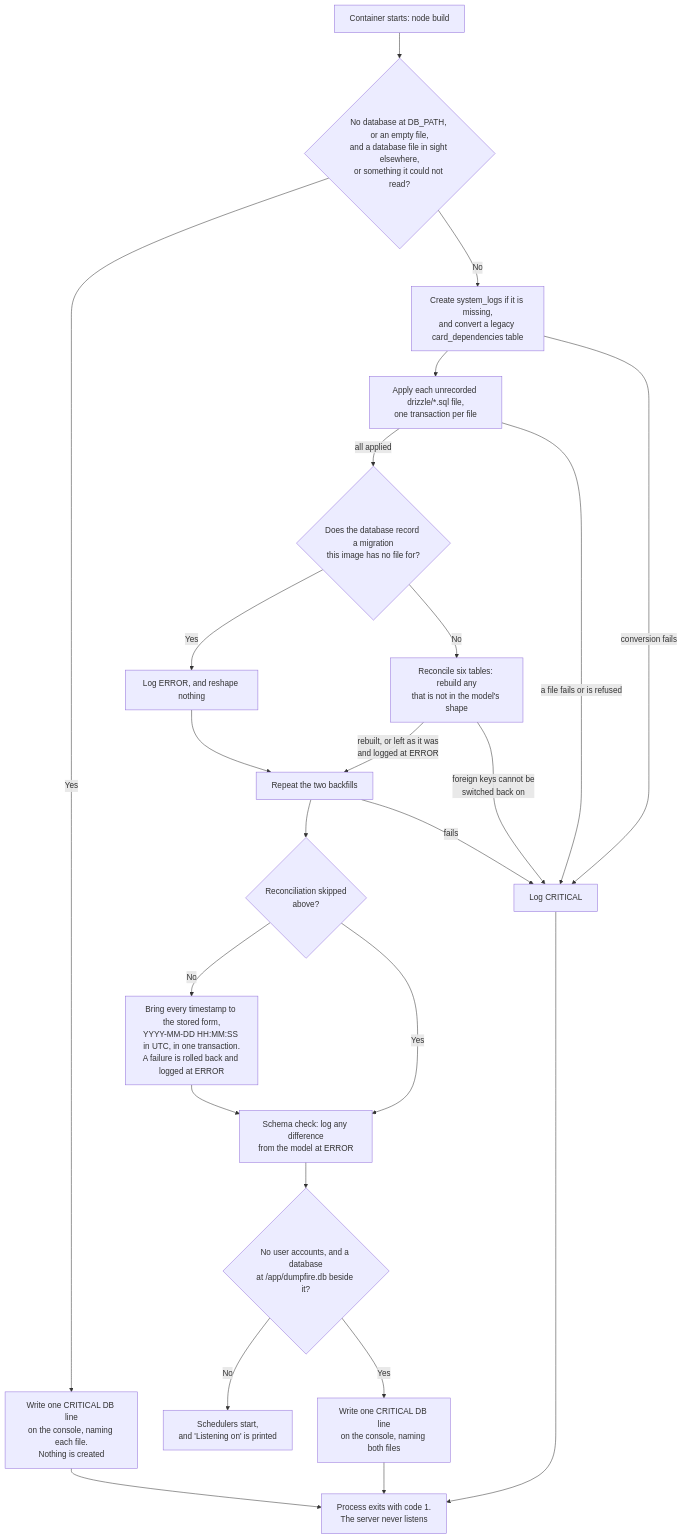
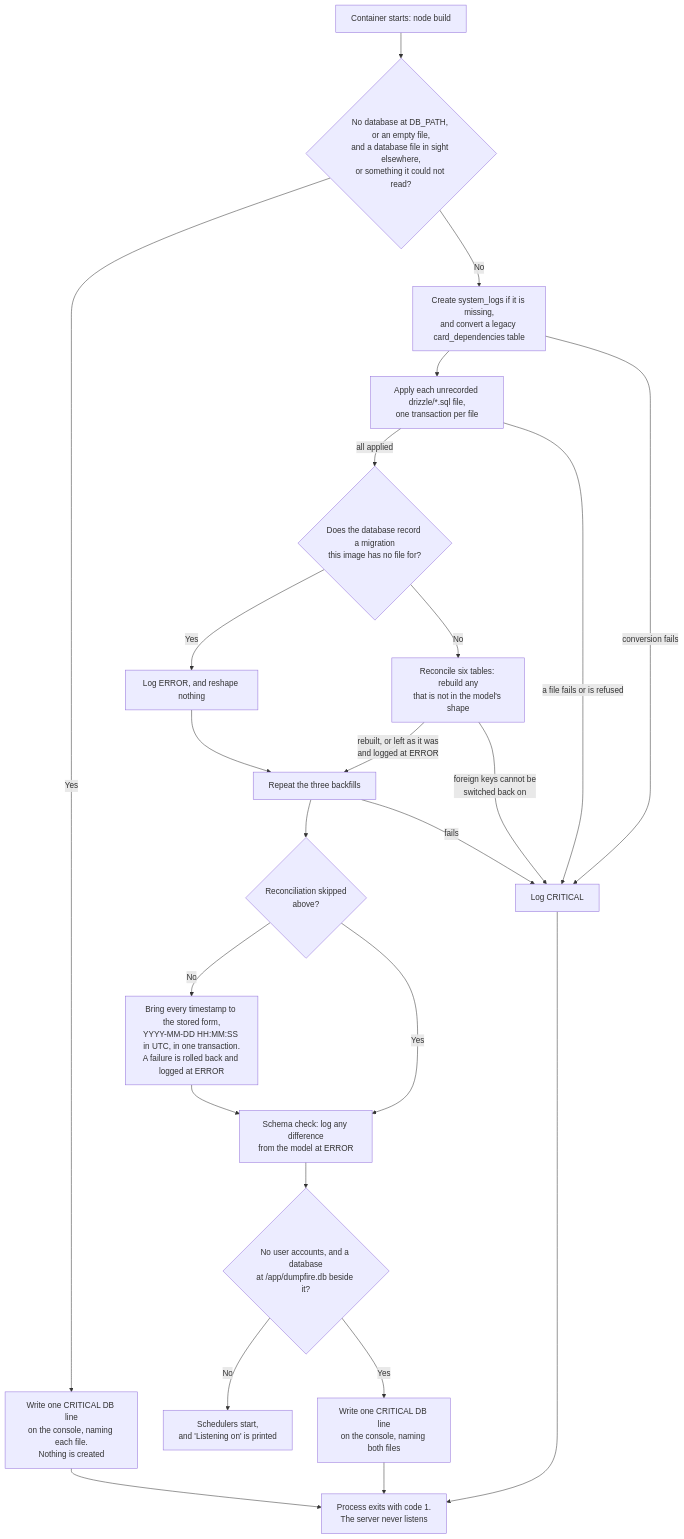
One commit to gitBoon/DumpFire changed the seventh of 21 diagrams in docs/deployment.md. Above: the diagram before and after it, drawn with Mermaid. The commit also changed other lines of this file and 41 other files, not shown here.

````diff
--- a/docs/deployment.md
+++ b/docs/deployment.md
@@ -557,27 +557,27 @@
 ```mermaid
 flowchart TD
     Start["Container starts: node build"] --> Where{"No database at DB_PATH, or an empty file,\nand a database file in sight elsewhere,\nor something it could not read?"}
     Where -->|"Yes"| Refuse["Write one CRITICAL DB line\non the console, naming each file.\nNothing is created"]
     Refuse --> Exit
     Where -->|"No"| Prep["Create system_logs if it is missing,\nand convert a legacy card_dependencies table"]
     Prep --> Files["Apply each unrecorded drizzle/*.sql file,\none transaction per file"]
     Files -->|"all applied"| Newer{"Does the database record a migration\nthis image has no file for?"}
     Newer -->|"Yes"| Skip["Log ERROR, and reshape nothing"]
     Newer -->|"No"| Recon["Reconcile six tables: rebuild any\nthat is not in the model's shape"]
-    Recon -->|"rebuilt, or left as it was\nand logged at ERROR"| Fill["Repeat the two backfills"]
+    Recon -->|"rebuilt, or left as it was\nand logged at ERROR"| Fill["Repeat the three backfills"]
     Skip --> Fill
     Fill --> Newer2{"Reconciliation skipped\nabove?"}
     Newer2 -->|"No"| Stamps["Bring every timestamp to the stored form,\nYYYY-MM-DD HH:MM:SS in UTC, in one transaction.\nA failure is rolled back and logged at ERROR"]
     Stamps --> Check["Schema check: log any difference\nfrom the model at ERROR"]
     Newer2 -->|"Yes"| Check
     Check --> Users{"No user accounts, and a database\nat /app/dumpfire.db beside it?"}
     Users -->|"No"| Listen["Schedulers start,\nand 'Listening on' is printed"]
     Users -->|"Yes"| Both["Write one CRITICAL DB line\non the console, naming both files"]
     Both --> Exit
 
     Prep -->|"conversion fails"| Halt["Log CRITICAL"]
     Files -->|"a file fails or is refused"| Halt
     Recon -->|"foreign keys cannot be\nswitched back on"| Halt
     Fill -->|"fails"| Halt
     Halt --> Exit["Process exits with code 1.\nThe server never listens"]
 ```
````
